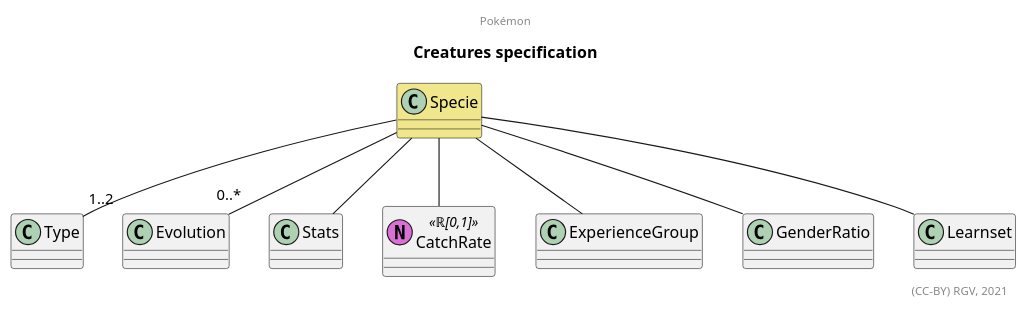
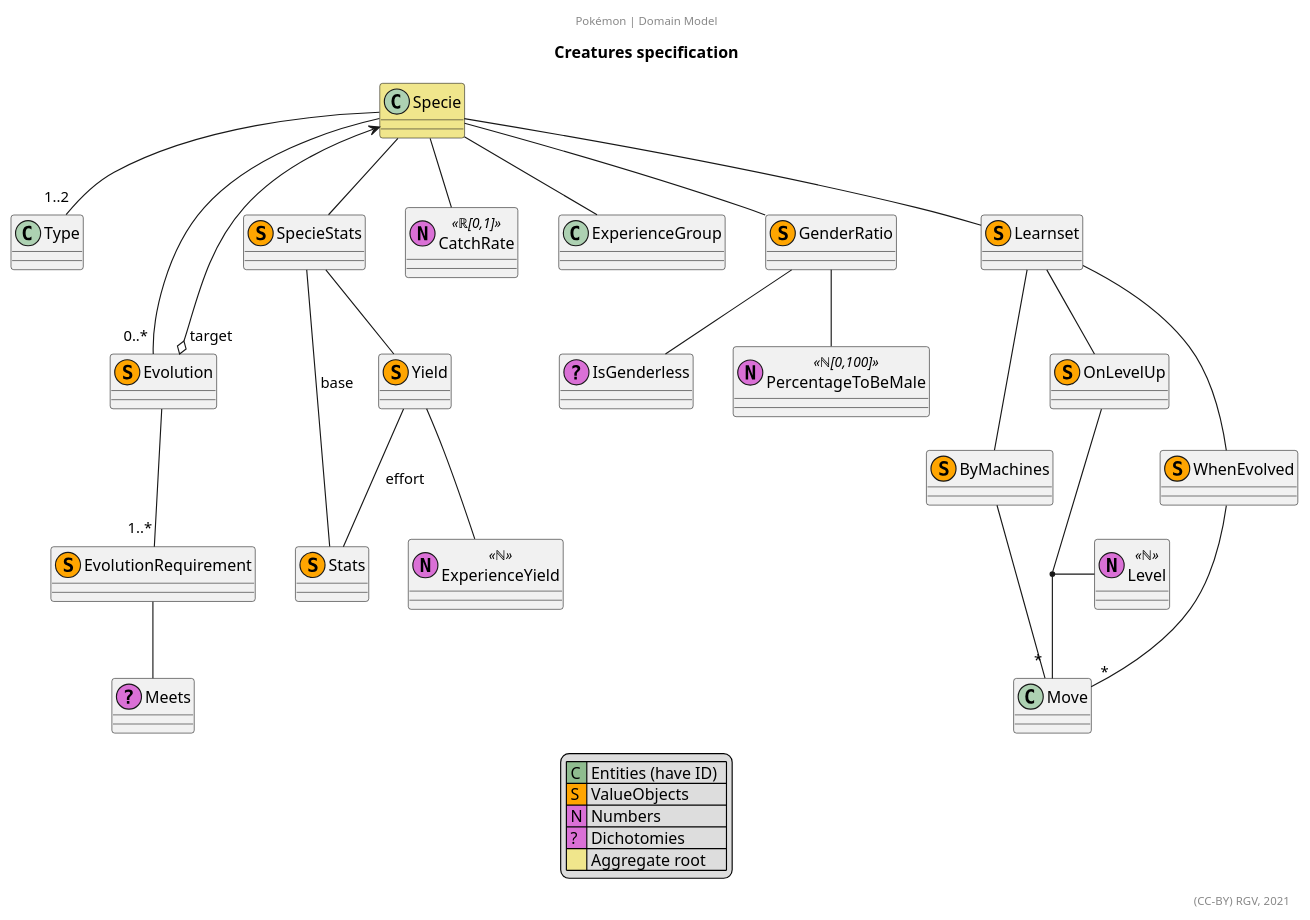
Before and after one commit to RicardoGuzmanVelasco/DomainModelling: the diagram in Pokemon/Creatures.puml, drawn with PlantUML. The commit also changed 1 other file, not shown here.

Commit message:
Pokemon | Specie specification

```diff
--- a/Pokemon/Creatures.puml
+++ b/Pokemon/Creatures.puml
@@ -1,35 +1,75 @@
 @startuml
 'https://plantuml.com/class-diagram
 title Creatures specification
-center header Pokémon
+center header Pokémon | Domain Model
 '''''''''''''
 
 class Specie #khaki
 
 class Type
 
-class Evolution
-
-class Stats
+class Evolution <<(S, orange)>>
+    class EvolutionRequirement <<(S, orange)>>
+        class Meets <<(?, orchid)>>
+    
+class SpecieStats <<(S, orange)>>
+    class Stats <<(S, orange)>>
+    class Yield <<(S, orange>>
+        class ExperienceYield <<(N, orchid) ℕ>>
 
 class CatchRate <<(N, orchid) ℝ[0,1]>>
 
 class ExperienceGroup
 
-class GenderRatio
+class GenderRatio <<(S, orange)>>
+    class IsGenderless <<(?, orchid)>>
+    class PercentageToBeMale <<(N, orchid) ℕ[0,100]>>
 
-class Learnset
+class Learnset <<(S, orange)>>
+    class Move
+    class ByMachines <<(S, orange)>>
+    class OnLevelUp <<(S, orange)>>
+        class Level <<(N, orchid) ℕ>>
+    class WhenEvolved <<(S, orange)>>
 
 '''''''''''''
 
 Specie -- "1..2" Type
 Specie -- "0..*" Evolution
-Specie -- Stats
+    Evolution -- "1..*" EvolutionRequirement
+        EvolutionRequirement -- Meets
+    Evolution "target" o---> Specie
+Specie -- SpecieStats
 Specie -- CatchRate
 Specie -- ExperienceGroup
 Specie -- GenderRatio
 Specie -- Learnset
 
+
+SpecieStats -- Stats : base
+SpecieStats -- Yield 
+    Yield -- ExperienceYield
+    Yield -- Stats : effort
+
+GenderRatio -- IsGenderless
+GenderRatio -- PercentageToBeMale
+
+Learnset -- ByMachines
+    ByMachines -- "*" Move
+Learnset -- OnLevelUp
+    (OnLevelUp,  Move) -- Level 
+Learnset -- WhenEvolved
+    WhenEvolved -- "*" Move
+
+'''''''''''''
+legend
+| <#darkseagreen> C | Entities (have ID) |
+|       <#orange> S | ValueObjects       |
+|       <#orchid> N | Numbers            |
+|       <#orchid> ? | Dichotomies        |
+|        <#khaki>   | Aggregate root     |
+endlegend
+
 '''''''''''''
 right footer (CC-BY) RGV, 2021
 @enduml
```
